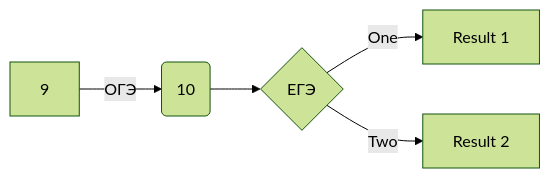
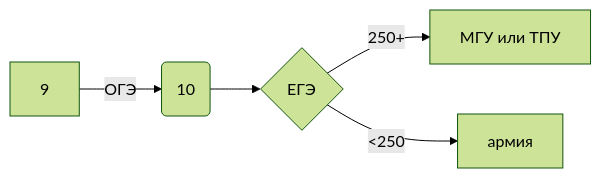
One commit to churka1488/zzzzzzz changed the diagram in README.md. Above: the diagram before and after it, drawn with Mermaid (forest theme).

````diff
--- a/README.md
+++ b/README.md
@@ -47,8 +47,8 @@
 ```mermaid
 flowchart LR
 
 A[9] -->|ОГЭ| B(10)
 B --> C{ЕГЭ}
-C -->|One| D[Result 1]
-C -->|Two| E[Result 2]
+C -->|250+| D[МГУ или ТПУ]
+C -->|<250| E[армия]
 ```
````
